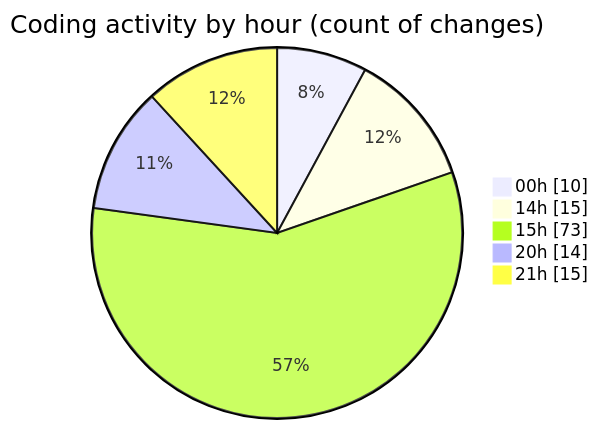
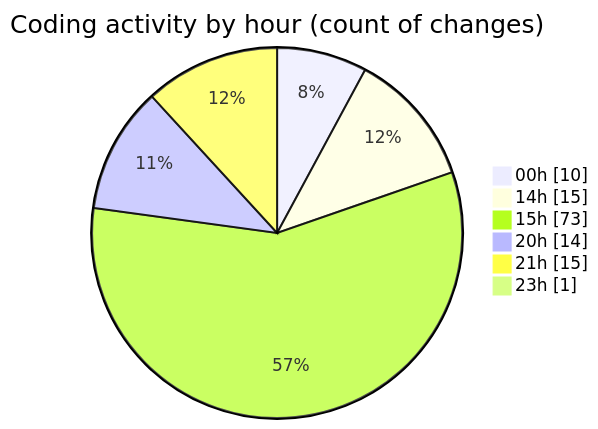
The second of 2 diagrams in 2025-04-07/echo/README.md (Netris89/code-tracking), drawn with Mermaid before and after one commit. The commit also changed other lines of this file and 1 other file, not shown here.

````diff
--- a/2025-04-07/echo/README.md
+++ b/2025-04-07/echo/README.md
@@ -41,9 +41,10 @@
 ```mermaid
 pie showData
 title Coding activity by hour (count of changes)
 "00h" : 10
 "14h" : 15
 "15h" : 73
 "20h" : 14
 "21h" : 15
+"23h" : 1
 ```
````
